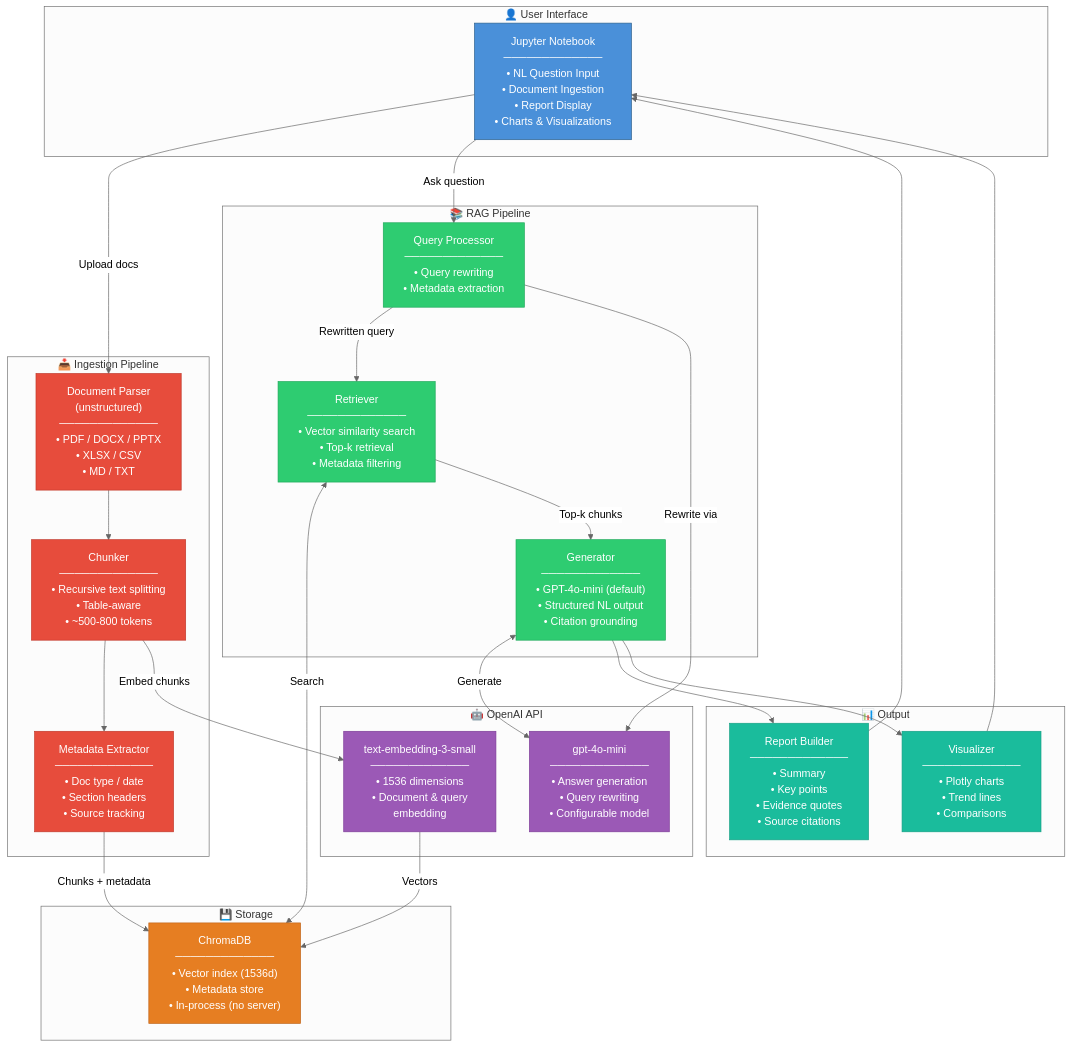
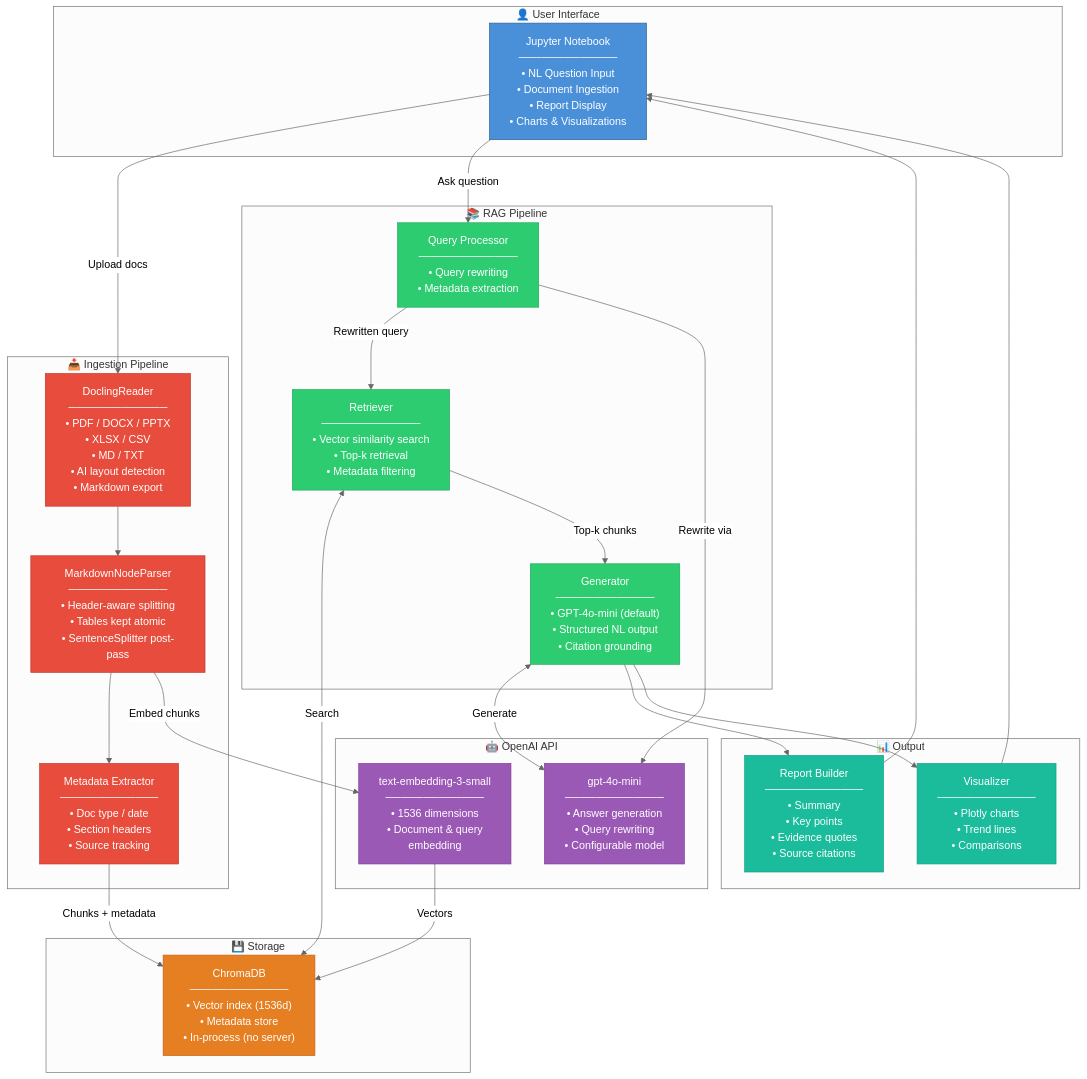
One commit to Anuj-cs20/ai-leadership-agent changed the first of 15 diagrams in README.md. Above: the diagram before and after it, drawn with Mermaid (neutral theme). The commit also changed other lines of this file and 38 other files, not shown here.

````diff
--- a/README.md
+++ b/README.md
@@ -81,71 +82,71 @@
 ```mermaid
 graph TB
     subgraph USER["👤 User Interface"]
         NB["Jupyter Notebook<br/>─────────────<br/>• NL Question Input<br/>• Document Ingestion<br/>• Report Display<br/>• Charts & Visualizations"]
     end
 
     subgraph INGESTION["📥 Ingestion Pipeline"]
-        DP["Document Parser<br/>(unstructured)<br/>─────────────<br/>• PDF / DOCX / PPTX<br/>• XLSX / CSV<br/>• MD / TXT"]
-        CH["Chunker<br/>─────────────<br/>• Recursive text splitting<br/>• Table-aware<br/>• ~500-800 tokens"]
+        DP["DoclingReader<br/>─────────────<br/>• PDF / DOCX / PPTX<br/>• XLSX / CSV<br/>• MD / TXT<br/>• AI layout detection<br/>• Markdown export"]
+        CH["MarkdownNodeParser<br/>─────────────<br/>• Header-aware splitting<br/>• Tables kept atomic<br/>• SentenceSplitter post-pass"]
         ME["Metadata Extractor<br/>─────────────<br/>• Doc type / date<br/>• Section headers<br/>• Source tracking"]
     end
 
     subgraph RAG["📚 RAG Pipeline"]
         QP["Query Processor<br/>─────────────<br/>• Query rewriting<br/>• Metadata extraction"]
         RT["Retriever<br/>─────────────<br/>• Vector similarity search<br/>• Top-k retrieval<br/>• Metadata filtering"]
         GN["Generator<br/>─────────────<br/>• GPT-4o-mini (default)<br/>• Structured NL output<br/>• Citation grounding"]
     end
 
     subgraph STORAGE["💾 Storage"]
         CR["ChromaDB<br/>─────────────<br/>• Vector index (1536d)<br/>• Metadata store<br/>• In-process (no server)"]
     end
 
     subgraph LLM_LAYER["🤖 OpenAI API"]
         EMB["text-embedding-3-small<br/>─────────────<br/>• 1536 dimensions<br/>• Document & query<br/>  embedding"]
         LLM["gpt-4o-mini<br/>─────────────<br/>• Answer generation<br/>• Query rewriting<br/>• Configurable model"]
     end
 
     subgraph OUTPUT["📊 Output"]
         RP["Report Builder<br/>─────────────<br/>• Summary<br/>• Key points<br/>• Evidence quotes<br/>• Source citations"]
         VZ["Visualizer<br/>─────────────<br/>• Plotly charts<br/>• Trend lines<br/>• Comparisons"]
     end
 
     %% User interactions
     NB -->|"Upload docs"| DP
     NB -->|"Ask question"| QP
 
     %% Ingestion flow
     DP --> CH
     CH --> ME
     ME -->|"Chunks + metadata"| CR
     CH -->|"Embed chunks"| EMB
     EMB -->|"Vectors"| CR
 
     %% Query flow
     QP -->|"Rewritten query"| RT
     QP -->|"Rewrite via"| LLM
     RT <-->|"Search"| CR
     RT -->|"Top-k chunks"| GN
     GN <-->|"Generate"| LLM
 
     %% Output
     GN --> RP
     GN --> VZ
     RP --> NB
     VZ --> NB
 
     %% Styling
     classDef userStyle fill:#4A90D9,stroke:#2C5F8A,color:#fff
     classDef ingestStyle fill:#E74C3C,stroke:#C0392B,color:#fff
     classDef ragStyle fill:#2ECC71,stroke:#1EA85A,color:#fff
     classDef storeStyle fill:#E67E22,stroke:#C0651B,color:#fff
     classDef llmStyle fill:#9B59B6,stroke:#7D3C98,color:#fff
     classDef outputStyle fill:#1ABC9C,stroke:#16A085,color:#fff
 
     class NB userStyle
     class DP,CH,ME ingestStyle
     class QP,RT,GN ragStyle
     class CR storeStyle
     class EMB,LLM llmStyle
     class RP,VZ outputStyle
 ```
````
